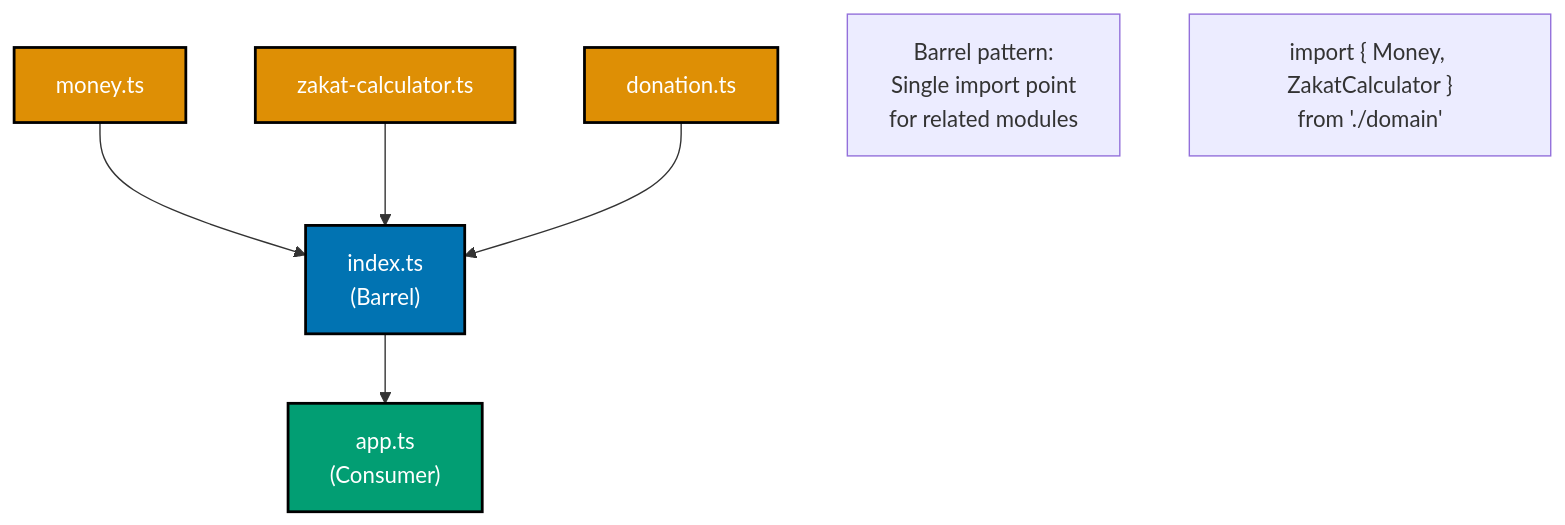
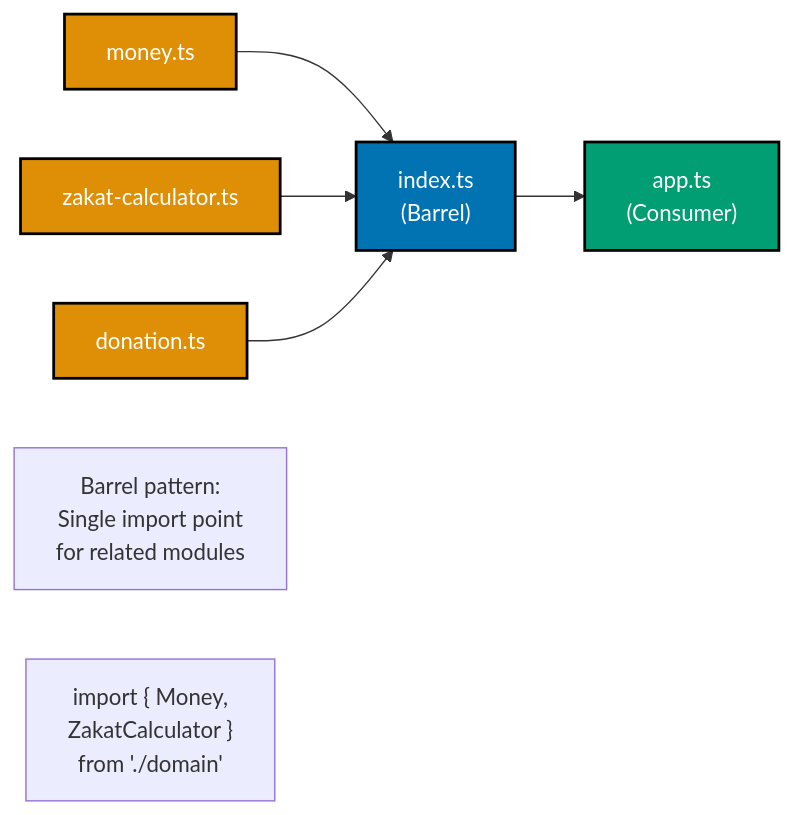
One commit to wahidyankf/open-sharia-enterprise changed the third of 8 diagrams in docs/explanation/software-engineering/programming-languages/typescript/modules-and-dependencies.md. Above: the diagram before and after it, drawn with Mermaid. The commit also changed other lines of this file and 16 other files, not shown here.

First line of the commit message:
fix(docs): fix mermaid violations in typescript docs

````diff
--- a/docs/explanation/software-engineering/programming-languages/typescript/modules-and-dependencies.md
+++ b/docs/explanation/software-engineering/programming-languages/typescript/modules-and-dependencies.md
@@ -119,21 +119,21 @@
 ```mermaid
 %% Color Palette: Blue #0173B2, Orange #DE8F05, Teal #029E73, Purple #CC78BC, Brown #CA9161
-graph TD
+graph LR
     Barrel["index.ts<br/>#40;Barrel#41;"]:::blue
     Module1["money.ts"]:::orange
     Module2["zakat-calculator.ts"]:::orange
     Module3["donation.ts"]:::orange
     Consumer["app.ts<br/>#40;Consumer#41;"]:::teal
 
     Module1 --> Barrel
     Module2 --> Barrel
     Module3 --> Barrel
     Barrel --> Consumer
 
     Note1["Barrel pattern:<br/>Single import point<br/>for related modules"]
-    Note2["import { Money, ZakatCalculator }<br/>from './domain'"]
+    Note2["import { Money,<br/>ZakatCalculator }<br/>from './domain'"]
 
     classDef blue fill:#0173B2,stroke:#000000,color:#FFFFFF,stroke-width:2px
     classDef orange fill:#DE8F05,stroke:#000000,color:#FFFFFF,stroke-width:2px
     classDef teal fill:#029E73,stroke:#000000,color:#FFFFFF,stroke-width:2px
 ```
````
